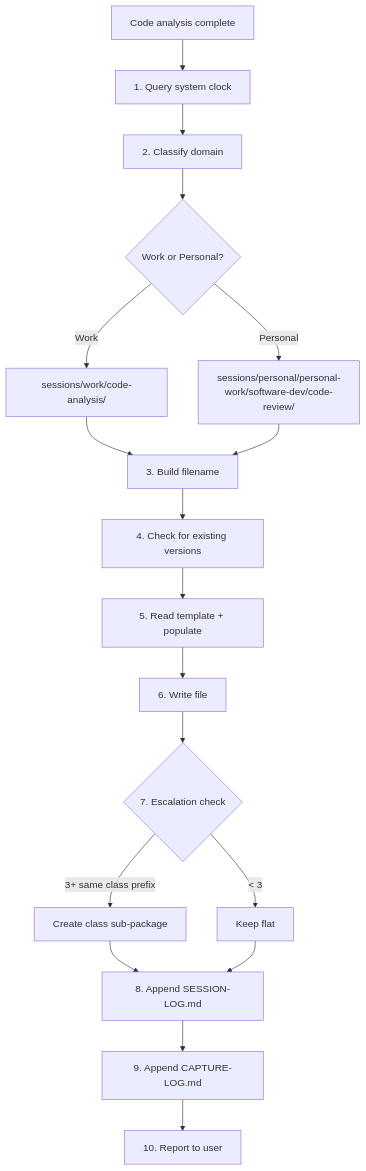
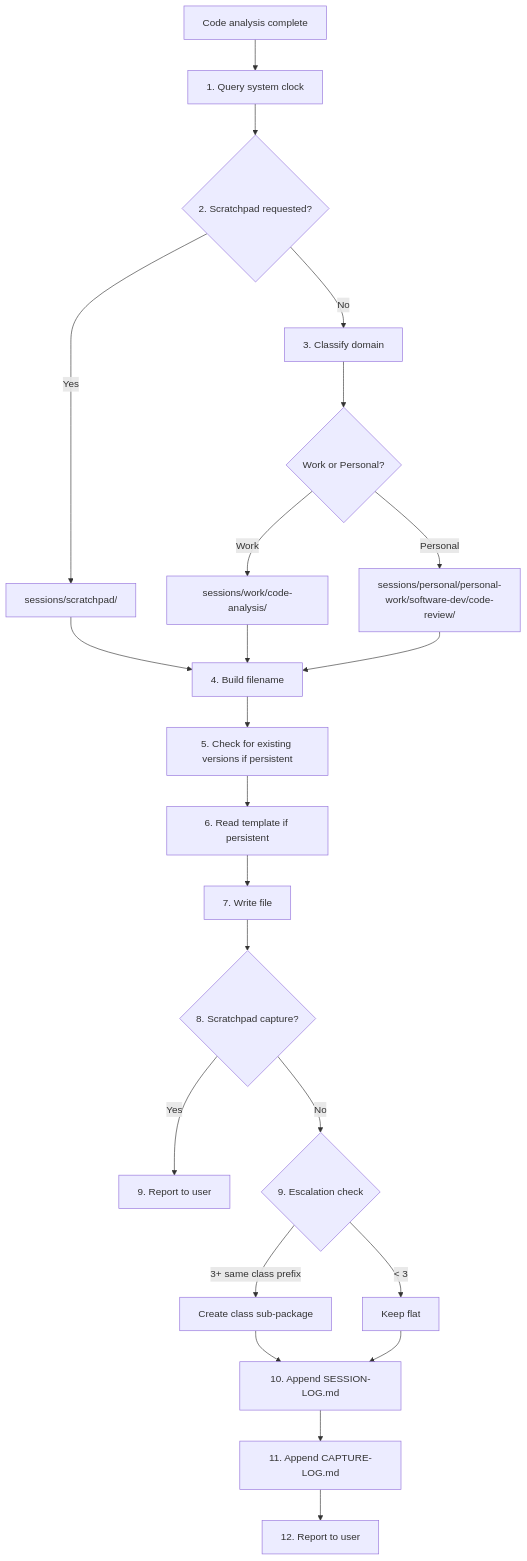
One commit to saharshpoddarorg/learning-assistant changed the diagram in .github/prompts/code/code-analysis.prompt.md. Above: the diagram before and after it, drawn with Mermaid. The commit also changed other lines of this file and 9 other files, not shown here.

First line of the commit message:
docs(sessions): add scratchpad capture support

````diff
--- a/.github/prompts/code/code-analysis.prompt.md
+++ b/.github/prompts/code/code-analysis.prompt.md
@@ -106,20 +106,25 @@
 ```mermaid
 flowchart TD
     A[Code analysis complete] --> B[1. Query system clock]
-    B --> C[2. Classify domain]
-    C --> D{Work or Personal?}
-    D -->|Work| E[sessions/work/code-analysis/]
-    D -->|Personal| F[sessions/personal/personal-work/software-dev/code-review/]
-    E --> G[3. Build filename]
-    F --> G
-    G --> H[4. Check for existing versions]
-    H --> I[5. Read template + populate]
-    I --> J[6. Write file]
-    J --> K{7. Escalation check}
-    K -->|3+ same class prefix| L[Create class sub-package]
-    K -->|< 3| M[Keep flat]
-    L --> N[8. Append SESSION-LOG.md]
-    M --> N
-    N --> O[9. Append CAPTURE-LOG.md]
-    O --> P[10. Report to user]
+   B --> C{2. Scratchpad requested?}
+   C -->|Yes| D[sessions/scratchpad/]
+   C -->|No| E[3. Classify domain]
+   E --> F{Work or Personal?}
+   F -->|Work| G[sessions/work/code-analysis/]
+   F -->|Personal| H[sessions/personal/personal-work/software-dev/code-review/]
+   D --> I[4. Build filename]
+   G --> I
+   H --> I
+   I --> J[5. Check for existing versions if persistent]
+   J --> K[6. Read template if persistent]
+   K --> L[7. Write file]
+   L --> M{8. Scratchpad capture?}
+   M -->|Yes| N[9. Report to user]
+   M -->|No| O{9. Escalation check}
+   O -->|3+ same class prefix| P[Create class sub-package]
+   O -->|< 3| Q[Keep flat]
+   P --> R[10. Append SESSION-LOG.md]
+   Q --> R
+   R --> S[11. Append CAPTURE-LOG.md]
+   S --> T[12. Report to user]
 ```
````
